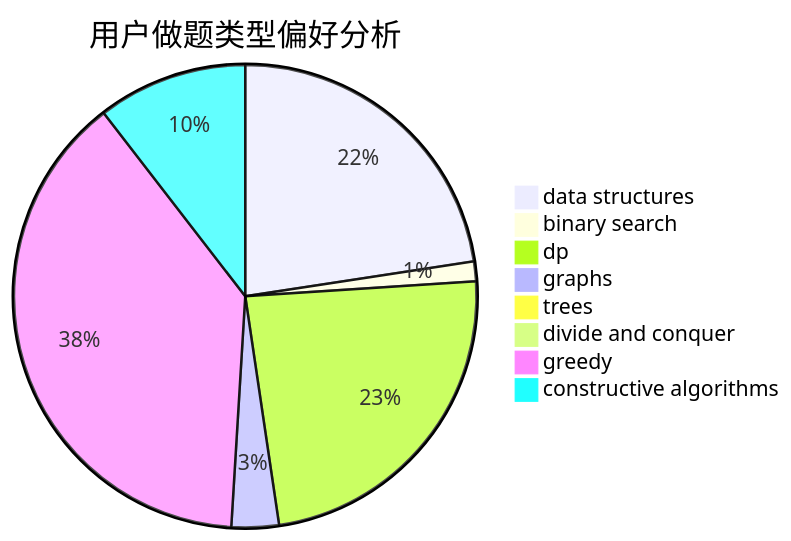
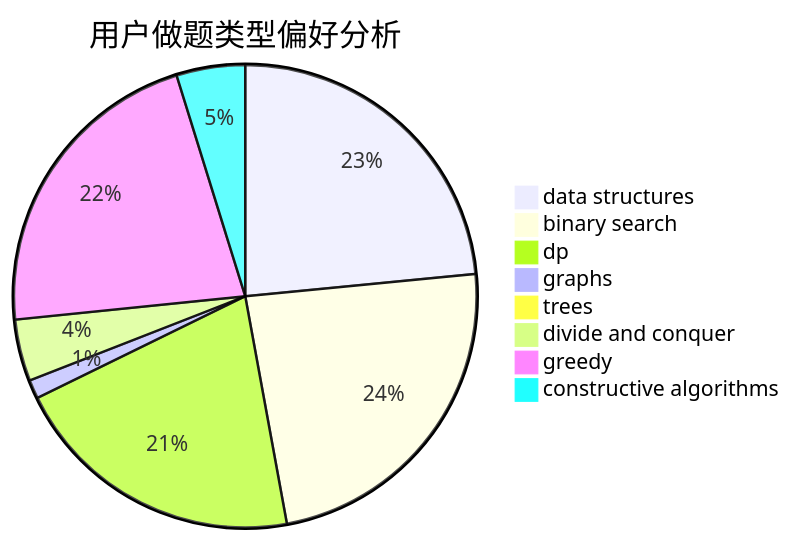
The second of 3 diagrams in docs/user/u1552.md (sherpahu/cfrs.github.io), drawn with Mermaid before and after one commit. The commit also changed other lines of this file and 2770 other files, not shown here.

````diff
--- a/docs/user/u1552.md
+++ b/docs/user/u1552.md
@@ -23,11 +23,11 @@
 ```mermaid
 pie title 用户做题类型偏好分析
-    "data structures" :  82
-    "binary search" :  5
-    "dp" :  86
-    "graphs" :  12
-    "trees" :  3
-    "divide and conquer" :  0
-    "greedy" :  140
-    "constructive algorithms" :  38
+    "data structures" :  484
+    "binary search" :  488
+    "dp" :  426
+    "graphs" :  27
+    "trees" :  0
+    "divide and conquer" :  89
+    "greedy" :  450
+    "constructive algorithms" :  99
 ```
````
